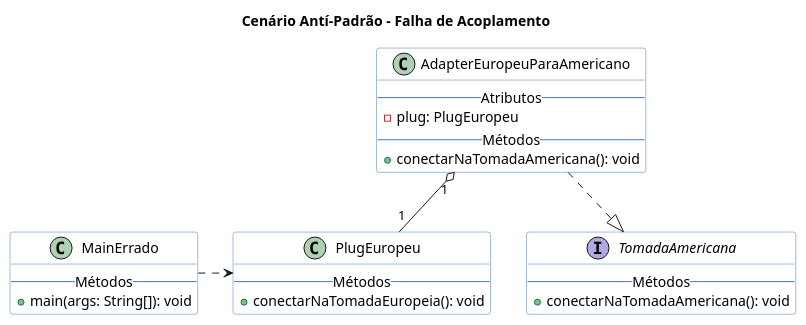
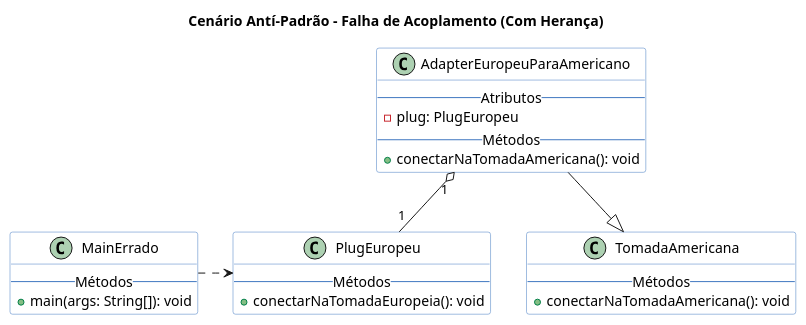
Before and after one commit to thiagosabreu/bertoti: the diagram in Padrões de Projeto/Adapter/antipadrão/adapter_antipadrao.puml, drawn with PlantUML. The commit also changed 5 other files, not shown here.

```diff
--- a/Padrões de Projeto/Adapter/antipadrão/adapter_antipadrao.puml
+++ b/Padrões de Projeto/Adapter/antipadrão/adapter_antipadrao.puml
@@ -1,57 +1,49 @@
 @startuml
-' Removido o !theme toy para um visual mais neutro (sem cor de fundo)
+title Cenário Antí-Padrão - Falha de Acoplamento (Com Herança)
 
-title Cenário Antí-Padrão - Falha de Acoplamento
-
-' Configuração para deixar o fundo das caixas branco (ou neutro)
+' Configuração visual
 skinparam class {
   BorderColor #4078c0
-  BackgroundColor white ' Fundo branco
-  AttributeFontColor black
-}
-skinparam interface {
-  BorderColor #6cc644
-  BackgroundColor white ' Fundo branco
+  BackgroundColor white
   AttributeFontColor black
 }
 skinparam backgroundcolor white
 
-' 1. Interface (Target - Alvo)
-interface TomadaAmericana {
+' 1. Classe Base (antes era Interface)
+class TomadaAmericana {
   -- Métodos --
   + conectarNaTomadaAmericana(): void
 }
 
 ' 2. Classe Adaptada (Adaptee)
 class PlugEuropeu {
   -- Métodos --
   + conectarNaTomadaEuropeia(): void
 }
 
-' 3. Classe Adapter (A SOLUÇÃO correta - Contexto)
+' 3. Classe Adapter (Agora herda a classe alvo)
 class AdapterEuropeuParaAmericano {
   -- Atributos --
   - plug: PlugEuropeu
   -- Métodos --
   + conectarNaTomadaAmericana(): void
 }
 
-' 4. Classe Cliente (O PROBLEMA - Acoplamento incorreto)
+' 4. Classe Cliente (O problema)
 class MainErrado {
     -- Métodos --
     + main(args: String[]): void
 }
 
 ' RELAÇÕES:
 
-' Implementação (Adapter implementa Target) - Linha tracejada com triângulo vazio
-AdapterEuropeuParaAmericano ..|> TomadaAmericana
+' Herança (antes era implementação de interface)
+AdapterEuropeuParaAmericano --|> TomadaAmericana
 
-' Agregação 1:1 (Adapter contem o PlugEuropeu) - Losango Vazio (Agregação)
+' Agregação 1:1 (Adapter contém o PlugEuropeu)
 AdapterEuropeuParaAmericano "1" o-- "1" PlugEuropeu
 
-' Dependência/Uso (MainErrado usa o Adaptado diretamente) - Linha tracejada com seta aberta
-' Ajuste a direção para melhorar a disposição visual
+' Dependência incorreta (Cliente usa diretamente o PlugEuropeu)
 MainErrado .right.> PlugEuropeu
 
 @enduml
```
